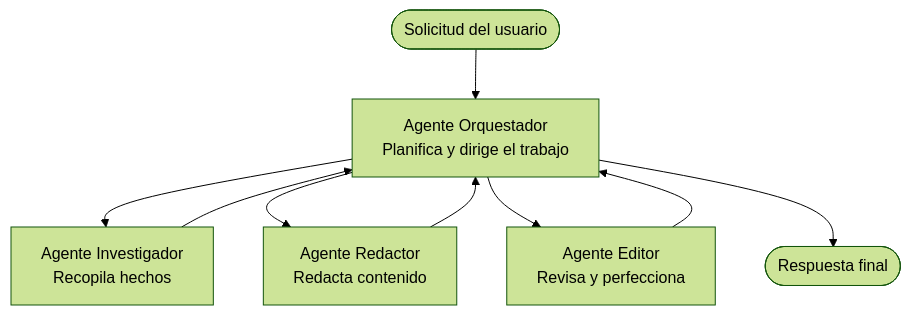
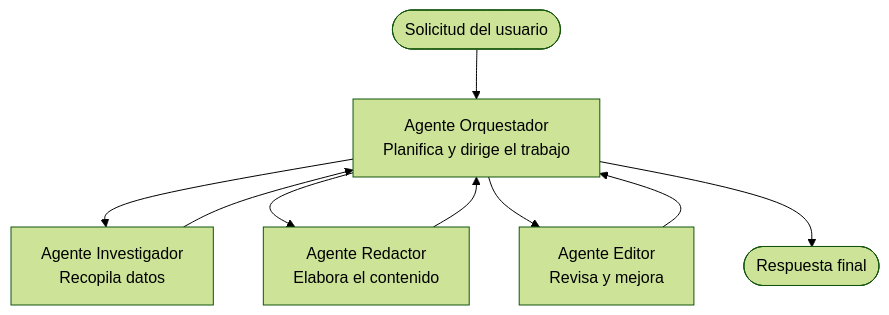
The diagram in translations/es/docs/chapter-05-multi-agent/multi-agent-basics.md (microsoft/AZD-for-beginners), drawn with Mermaid (forest theme) before and after one commit. The commit also changed other lines of this file and 61 other files, not shown here.

````diff
--- a/translations/es/docs/chapter-05-multi-agent/multi-agent-basics.md
+++ b/translations/es/docs/chapter-05-multi-agent/multi-agent-basics.md
@@ -43,11 +43,11 @@
 ```mermaid
 graph TD
     User([Solicitud del usuario]) --> Orchestrator[Agente Orquestador<br/>Planifica y dirige el trabajo]
-    Orchestrator --> Researcher[Agente Investigador<br/>Recopila hechos]
-    Orchestrator --> Writer[Agente Redactor<br/>Redacta contenido]
-    Orchestrator --> Editor[Agente Editor<br/>Revisa y perfecciona]
+    Orchestrator --> Researcher[Agente Investigador<br/>Recopila datos]
+    Orchestrator --> Writer[Agente Redactor<br/>Elabora el contenido]
+    Orchestrator --> Editor[Agente Editor<br/>Revisa y mejora]
     Researcher --> Orchestrator
     Writer --> Orchestrator
     Editor --> Orchestrator
     Orchestrator --> Result([Respuesta final])
 ```
````
